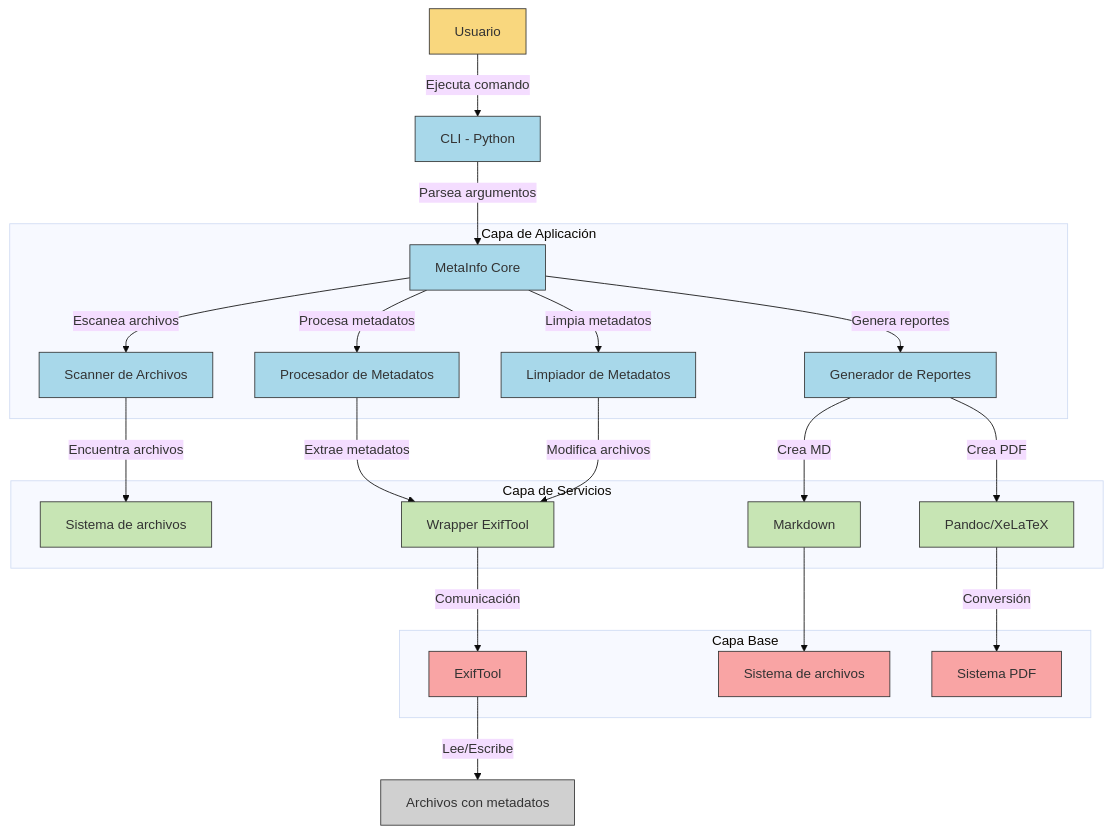
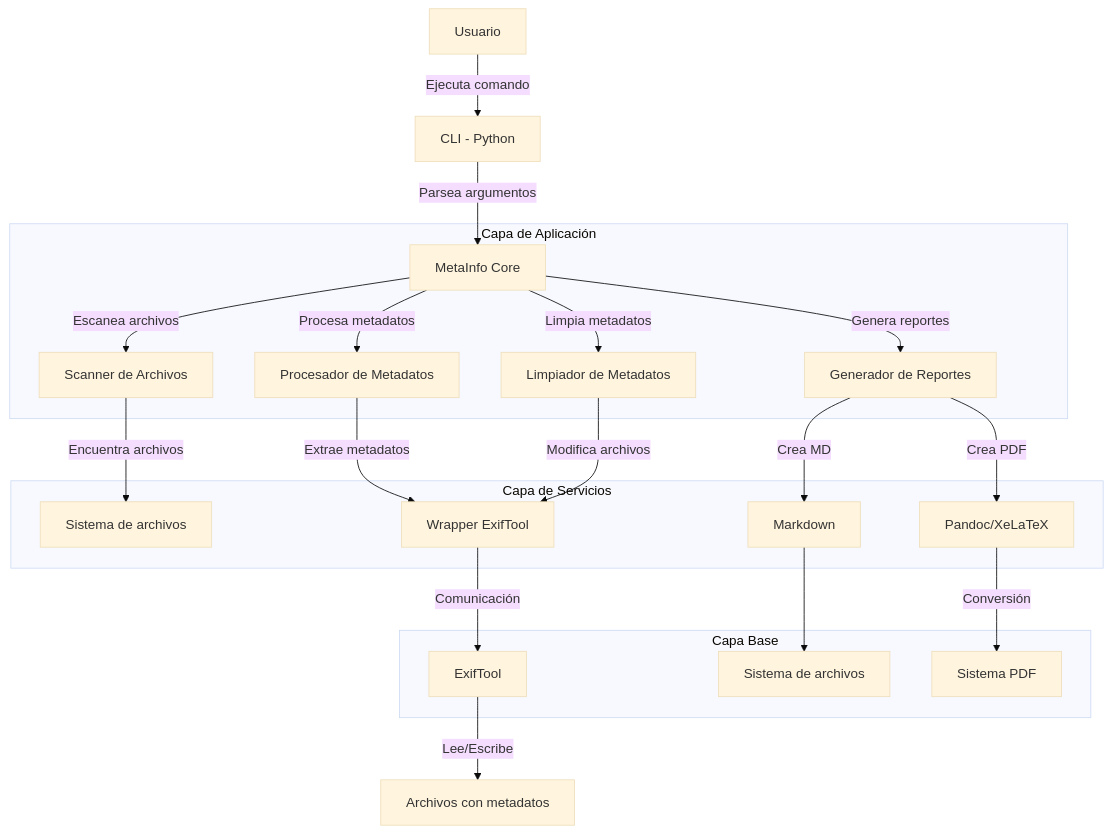
One commit to limogin/metainfo changed the diagram in README.md. Above: the diagram before and after it, drawn with Mermaid (base theme).

Commit message:
fix: README.md

````diff
--- a/README.md
+++ b/README.md
@@ -28,44 +28,30 @@
 ```mermaid
 graph TD
     A[Usuario] -->|Ejecuta comando| B[CLI - Python]
     B -->|Parsea argumentos| C[MetaInfo Core]
     
     subgraph "Capa de Aplicación"
     C -->|Escanea archivos| D[Scanner de Archivos]
     C -->|Procesa metadatos| E[Procesador de Metadatos]
     C -->|Genera reportes| F[Generador de Reportes]
     C -->|Limpia metadatos| G[Limpiador de Metadatos]
     end
     
     subgraph "Capa de Servicios"
     D -->|Encuentra archivos| H[Sistema de archivos]
     E -->|Extrae metadatos| I[Wrapper ExifTool]
     F -->|Crea MD| J[Markdown]
     F -->|Crea PDF| K[Pandoc/XeLaTeX]
     G -->|Modifica archivos| I
     end
     
     subgraph "Capa Base"
     I -->|Comunicación| L[ExifTool]
     J --> M[Sistema de archivos]
     K -->|Conversión| N[Sistema PDF]
     end
     
     L -->|Lee/Escribe| O[Archivos con metadatos]
-    
-    style A fill:#f9d77e,stroke:#333,stroke-width:1px
-    style B fill:#a8d8ea,stroke:#333,stroke-width:1px
-    style C fill:#a8d8ea,stroke:#333,stroke-width:1px
-    style D fill:#a8d8ea,stroke:#333,stroke-width:1px
-    style E fill:#a8d8ea,stroke:#333,stroke-width:1px
-    style F fill:#a8d8ea,stroke:#333,stroke-width:1px
-    style G fill:#a8d8ea,stroke:#333,stroke-width:1px
-    style H fill:#c7e5b4,stroke:#333,stroke-width:1px
-    style I fill:#c7e5b4,stroke:#333,stroke-width:1px
-    style J fill:#c7e5b4,stroke:#333,stroke-width:1px
-    style K fill:#c7e5b4,stroke:#333,stroke-width:1px
-    style L fill:#f9a4a4,stroke:#333,stroke-width:1px
-    style M fill:#f9a4a4,stroke:#333,stroke-width:1px
-    style N fill:#f9a4a4,stroke:#333,stroke-width:1px
-    style O fill:#d0d0d0,stroke:#333,stroke-width:1px
+   
+
 ```
````
